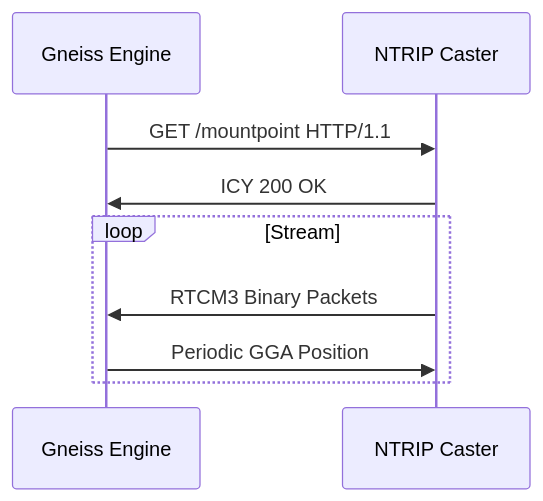
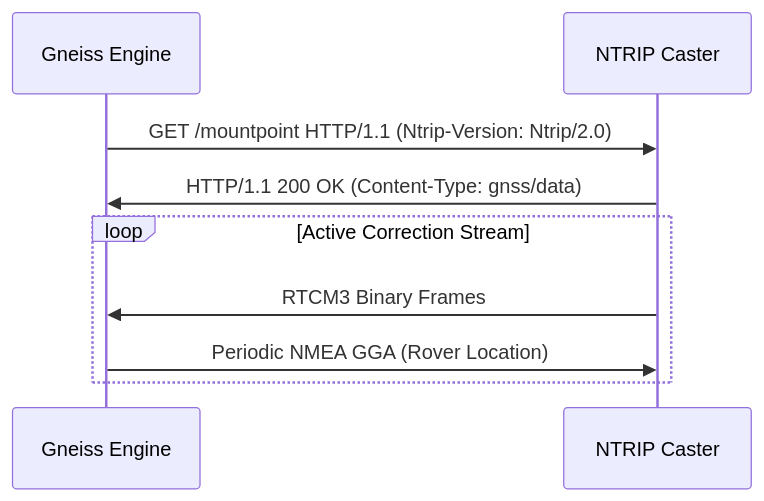
The diagram in crates/gneiss-ntrip/README.md (bneb/gneiss), drawn with Mermaid before and after one commit. The commit also changed other lines of this file and 120 other files, not shown here.

````diff
--- a/crates/gneiss-ntrip/README.md
+++ b/crates/gneiss-ntrip/README.md
@@ -17,12 +15,12 @@
 ```mermaid
 sequenceDiagram
-    participant CLI as Gneiss Engine
-    participant CASTER as NTRIP Caster
+    participant Engine as Gneiss Engine
+    participant Caster as NTRIP Caster
     
-    CLI->>CASTER: GET /mountpoint HTTP/1.1
-    CASTER->>CLI: ICY 200 OK
-    loop Stream
-        CASTER->>CLI: RTCM3 Binary Packets
-        CLI->>CASTER: Periodic GGA Position
+    Engine->>Caster: GET /mountpoint HTTP/1.1 (Ntrip-Version: Ntrip/2.0)
+    Caster->>Engine: HTTP/1.1 200 OK (Content-Type: gnss/data)
+    loop Active Correction Stream
+        Caster->>Engine: RTCM3 Binary Frames
+        Engine->>Caster: Periodic NMEA GGA (Rover Location)
     end
 ```
````
